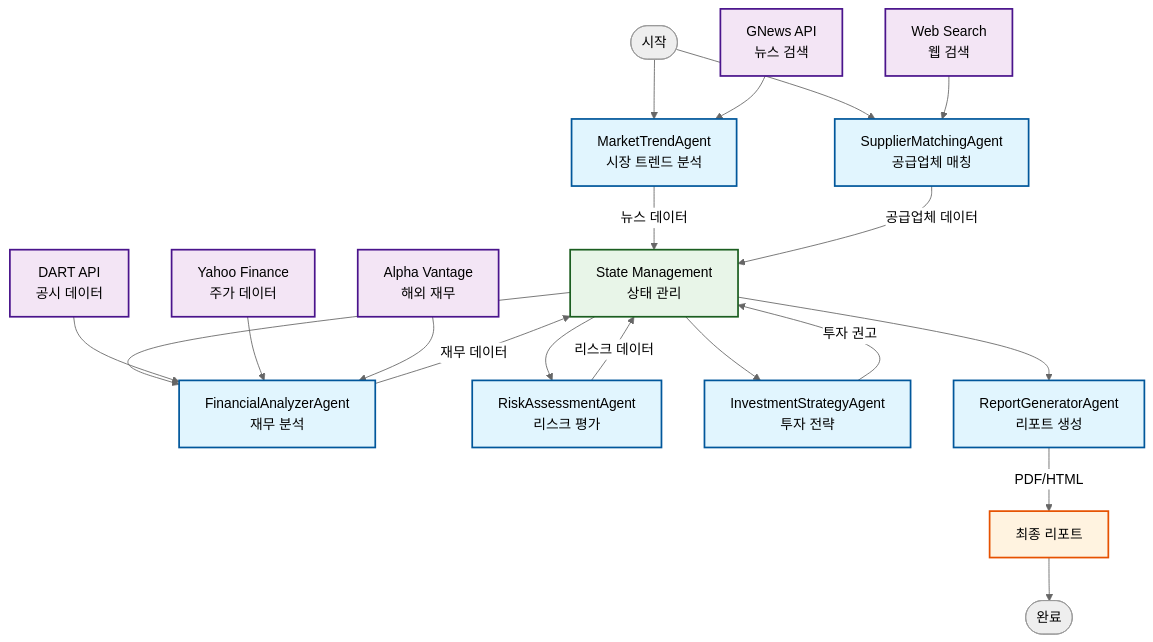
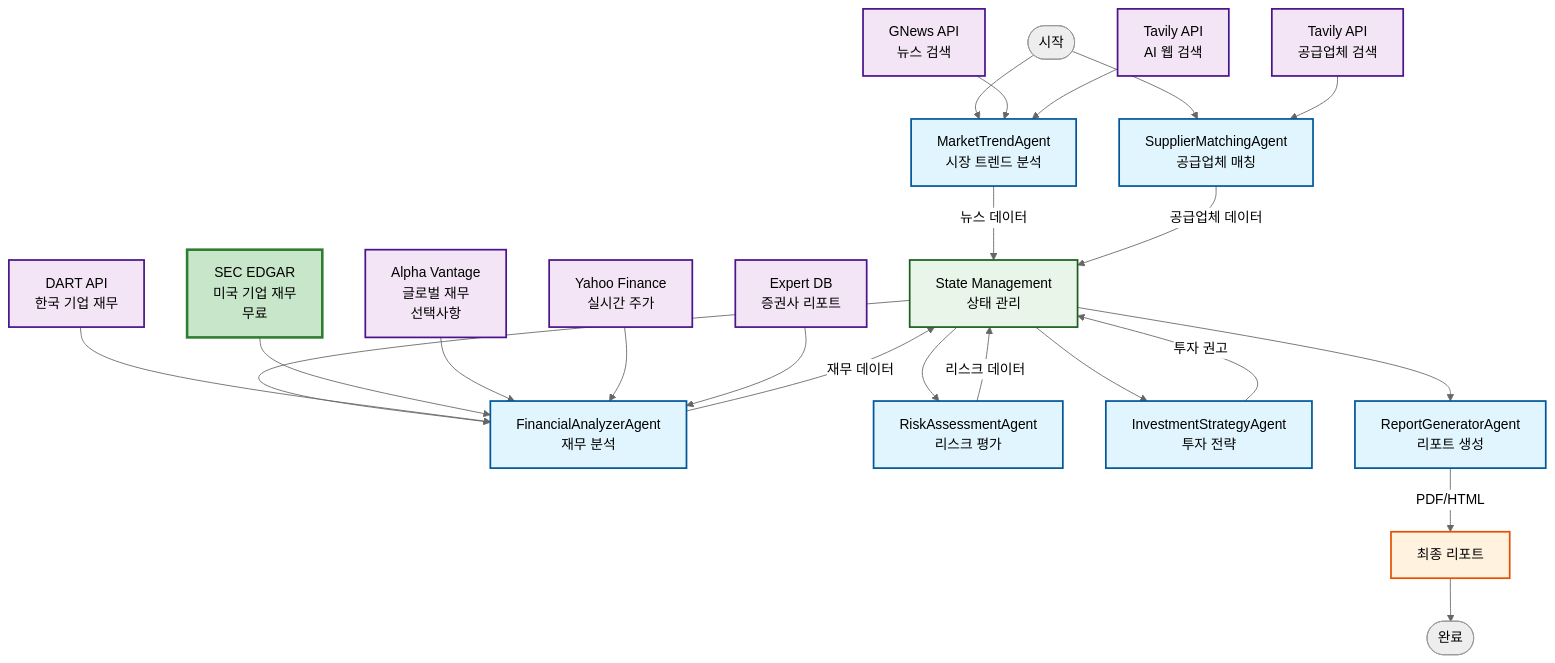
One commit to sommmmmmmmm/EVI-AgentSystem changed the diagram in README.md. Above: the diagram before and after it, drawn with Mermaid (neutral theme). The commit also changed other lines of this file and 22 other files, not shown here.

````diff
--- a/README.md
+++ b/README.md
@@ -192,38 +237,43 @@
 ```mermaid
 graph TB
     Start([시작]) --> MT[MarketTrendAgent<br/>시장 트렌드 분석]
     Start --> SM[SupplierMatchingAgent<br/>공급업체 매칭]
     
     MT --> |뉴스 데이터| State[State Management<br/>상태 관리]
     SM --> |공급업체 데이터| State
     
     State --> FA[FinancialAnalyzerAgent<br/>재무 분석]
     FA --> |재무 데이터| State
     
     State --> RA[RiskAssessmentAgent<br/>리스크 평가]
     RA --> |리스크 데이터| State
     
     State --> IS[InvestmentStrategyAgent<br/>투자 전략]
     IS --> |투자 권고| State
     
     State --> RG[ReportGeneratorAgent<br/>리포트 생성]
     RG --> |PDF/HTML| Output[최종 리포트]
     
     Output --> End([완료])
     
     GNews[GNews API<br/>뉴스 검색] --> MT
-    WebSearch[Web Search<br/>웹 검색] --> SM
-    DART[DART API<br/>공시 데이터] --> FA
-    Yahoo[Yahoo Finance<br/>주가 데이터] --> FA
-    Alpha[Alpha Vantage<br/>해외 재무] --> FA
+    Tavily[Tavily API<br/>AI 웹 검색] --> MT
+    Tavily2[Tavily API<br/>공급업체 검색] --> SM
+    DART[DART API<br/>한국 기업 재무] --> FA
+    SEC[SEC EDGAR<br/>미국 기업 재무<br/>무료] --> FA
+    Alpha[Alpha Vantage<br/>글로벌 재무<br/>선택사항] --> FA
+    Yahoo[Yahoo Finance<br/>실시간 주가] --> FA
+    Expert[Expert DB<br/>증권사 리포트] --> FA
     
     classDef agent fill:#e1f5fe,stroke:#01579b,stroke-width:2px
     classDef data fill:#f3e5f5,stroke:#4a148c,stroke-width:2px
+    classDef priority fill:#c8e6c9,stroke:#2e7d32,stroke-width:3px
     classDef state fill:#e8f5e8,stroke:#1b5e20,stroke-width:2px
     classDef output fill:#fff3e0,stroke:#e65100,stroke-width:2px
     
     class MT,SM,FA,RA,IS,RG agent
-    class GNews,WebSearch,DART,Yahoo,Alpha data
+    class GNews,Tavily,Tavily2,DART,Yahoo,Alpha,Expert data
+    class SEC priority
     class State state
     class Output output
 ```
````
